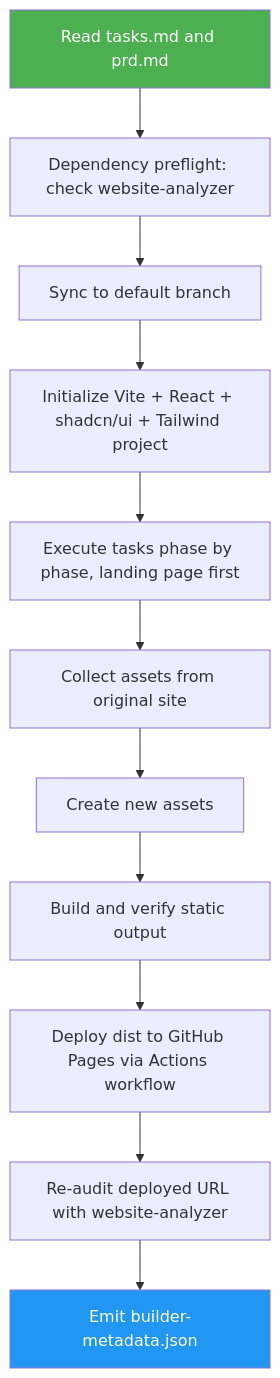
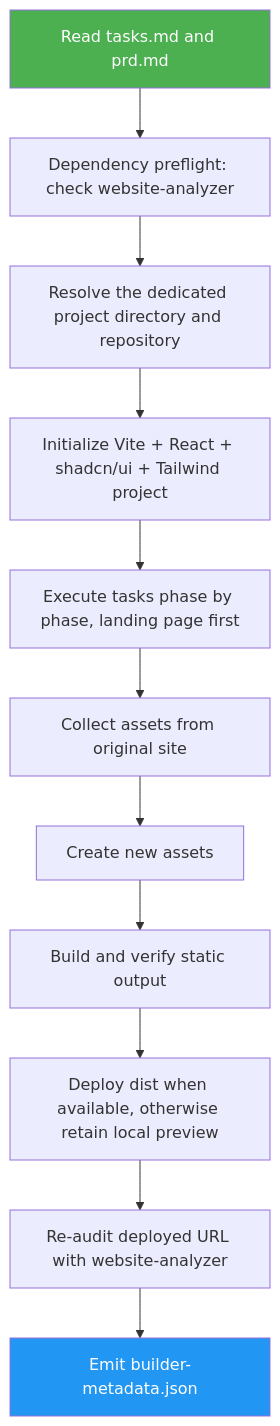
The diagram in .agents/skills/website-cloner/website-builder/docs/README.md (luongnv89/bettersite), drawn with Mermaid before and after one commit. The commit also changed other lines of this file and 15 other files, not shown here.

````diff
--- a/.agents/skills/website-cloner/website-builder/docs/README.md
+++ b/.agents/skills/website-cloner/website-builder/docs/README.md
@@ -29,15 +32,15 @@
 ```mermaid
 graph TD
     A["Read tasks.md and prd.md"] --> B["Dependency preflight: check website-analyzer"]
-    B --> C["Sync to default branch"]
+    B --> C["Resolve the dedicated project directory and repository"]
     C --> D["Initialize Vite + React + shadcn/ui + Tailwind project"]
     D --> E["Execute tasks phase by phase, landing page first"]
     E --> F["Collect assets from original site"]
     F --> G["Create new assets"]
     G --> H["Build and verify static output"]
-    H --> I["Deploy dist to GitHub Pages via Actions workflow"]
+    H --> I["Deploy dist when available, otherwise retain local preview"]
     I --> J["Re-audit deployed URL with website-analyzer"]
     J --> K["Emit builder-metadata.json"]
     style A fill:#4CAF50,color:#fff
     style K fill:#2196F3,color:#fff
 ```
````
